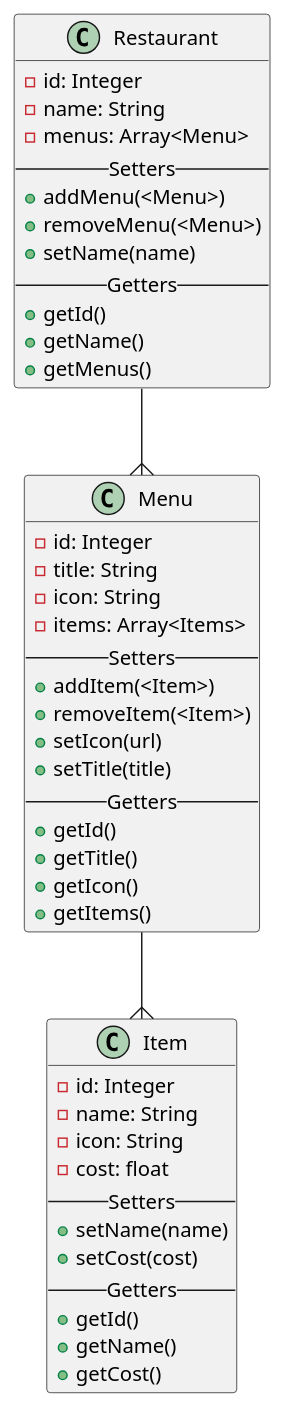
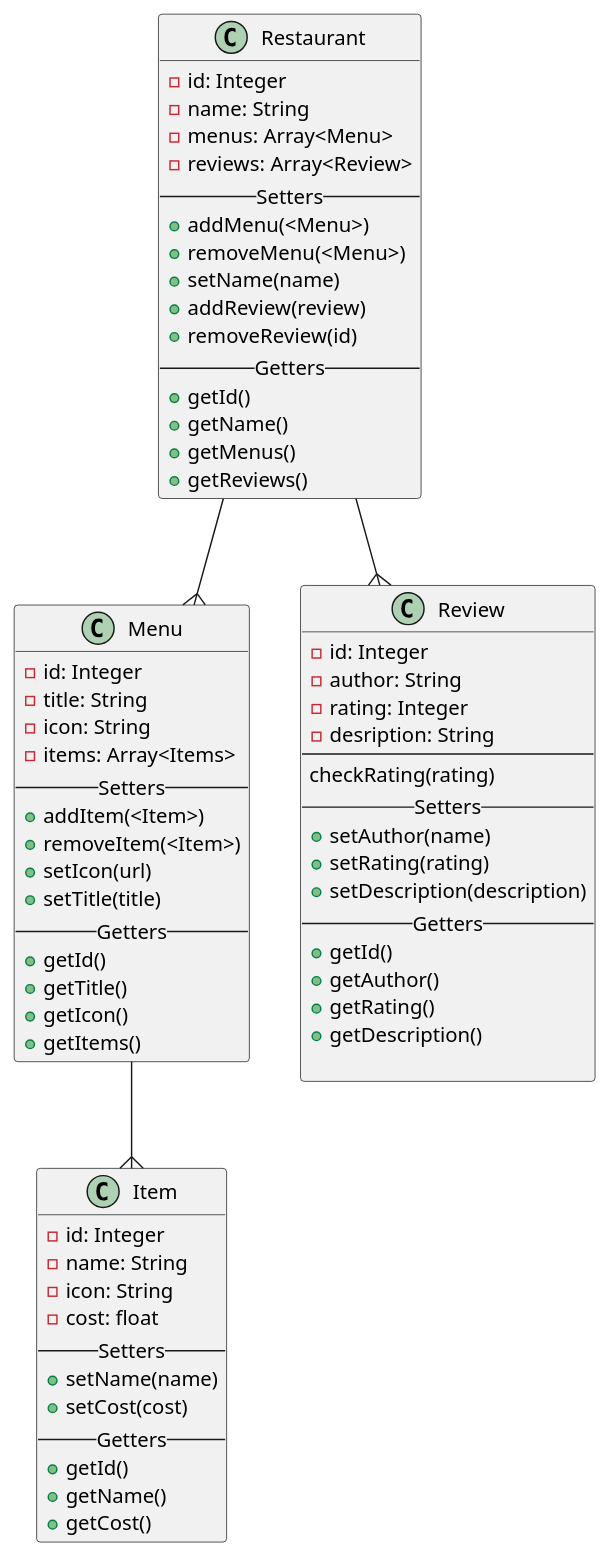
Before and after one commit to joshwilson00/restaurant: the diagram in Restaurant.plantuml, drawn with PlantUML. The commit also changed 2 other files, not shown here.

Commit message:
Testing for Reviews

```diff
--- a/Restaurant.plantuml
+++ b/Restaurant.plantuml
@@ -1,49 +1,73 @@
 @startuml
     class Restaurant {
         - id: Integer
         - name: String
         - menus: Array<Menu>
+        - reviews: Array<Review>
         --Setters--
         + addMenu(<Menu>)
         + removeMenu(<Menu>)
         + setName(name)
+        + addReview(review)
+        + removeReview(id)
         --Getters--
         + getId()
         + getName()
         + getMenus()
+        + getReviews()
     }
 
     class Menu{
         - id: Integer
         - title: String
         - icon: String
         - items: Array<Items>
         --Setters--
         + addItem(<Item>)
         + removeItem(<Item>)
         + setIcon(url)
         + setTitle(title)
         --Getters--
         + getId()
         + getTitle()
         + getIcon()
         + getItems()
     }
 
     class Item {
         - id: Integer
         - name: String
         - icon: String
         - cost: float
         --Setters--
         + setName(name)
         + setCost(cost)
         --Getters--
         + getId()
         + getName()
         + getCost()
     }
 
+    class Review {
+        - id: Integer
+        - author: String
+        - rating: Integer
+        - desription: String
+        ---
+        checkRating(rating)
+        --Setters--
+        + setAuthor(name)
+        + setRating(rating)
+        + setDescription(description)
+        --Getters--
+        + getId()
+        + getAuthor()
+        + getRating()
+        + getDescription()
+
+    }
+
     Restaurant --{ Menu
+    Restaurant --{ Review
     Menu --{ Item
 @enduml
```
